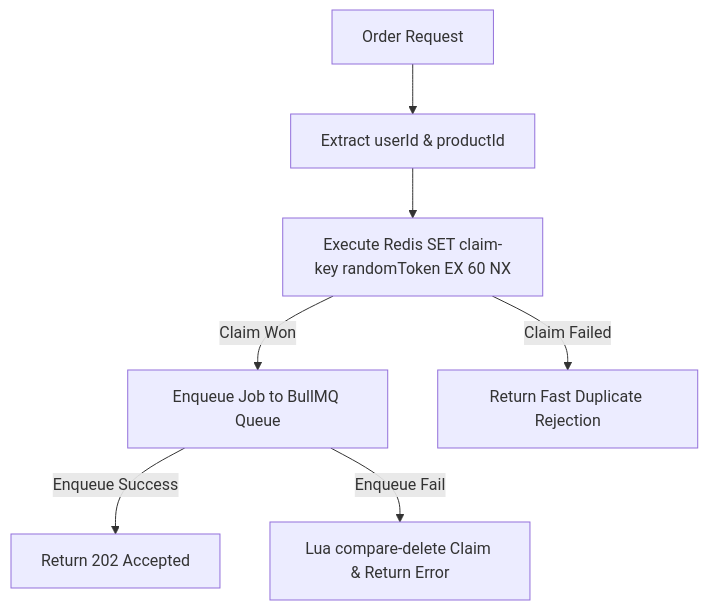
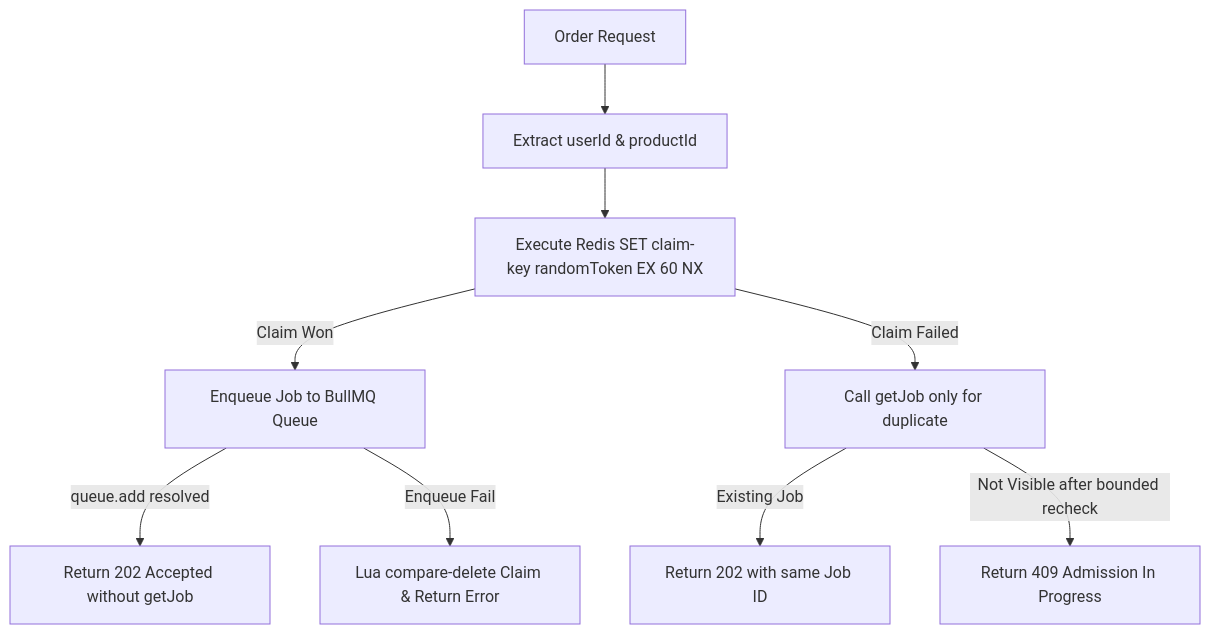
Before and after one commit to sanpipop/FlashSaleSystem: the diagram in .agent/skills/redis-cache-and-dedup/SKILL.md, drawn with Mermaid. The commit also changed other lines of this file and 7 other files, not shown here.

First line of the commit message:
docs: optimize order admission flow and duplicate handling

````diff
--- a/.agent/skills/redis-cache-and-dedup/SKILL.md
+++ b/.agent/skills/redis-cache-and-dedup/SKILL.md
@@ -75,9 +76,11 @@
 ```mermaid
 graph TD
     A[Order Request] --> B[Extract userId & productId]
     B --> C[Execute Redis SET claim-key randomToken EX 60 NX]
     C -- Claim Won --> D[Enqueue Job to BullMQ Queue]
-    D -- Enqueue Success --> E[Return 202 Accepted]
+    D -- queue.add resolved --> E[Return 202 Accepted without getJob]
     D -- Enqueue Fail --> F[Lua compare-delete Claim & Return Error]
-    C -- Claim Failed --> G[Return Fast Duplicate Rejection]
+    C -- Claim Failed --> G[Call getJob only for duplicate]
+    G -- Existing Job --> H[Return 202 with same Job ID]
+    G -- Not Visible after bounded recheck --> I[Return 409 Admission In Progress]
 ```
````
